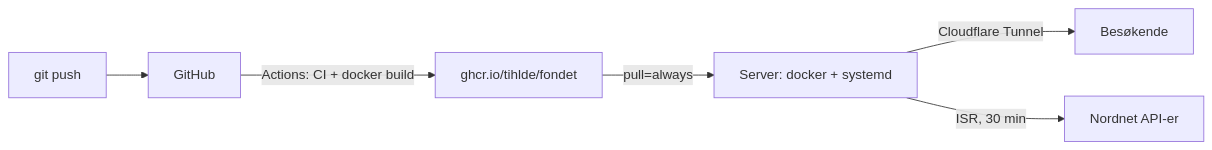
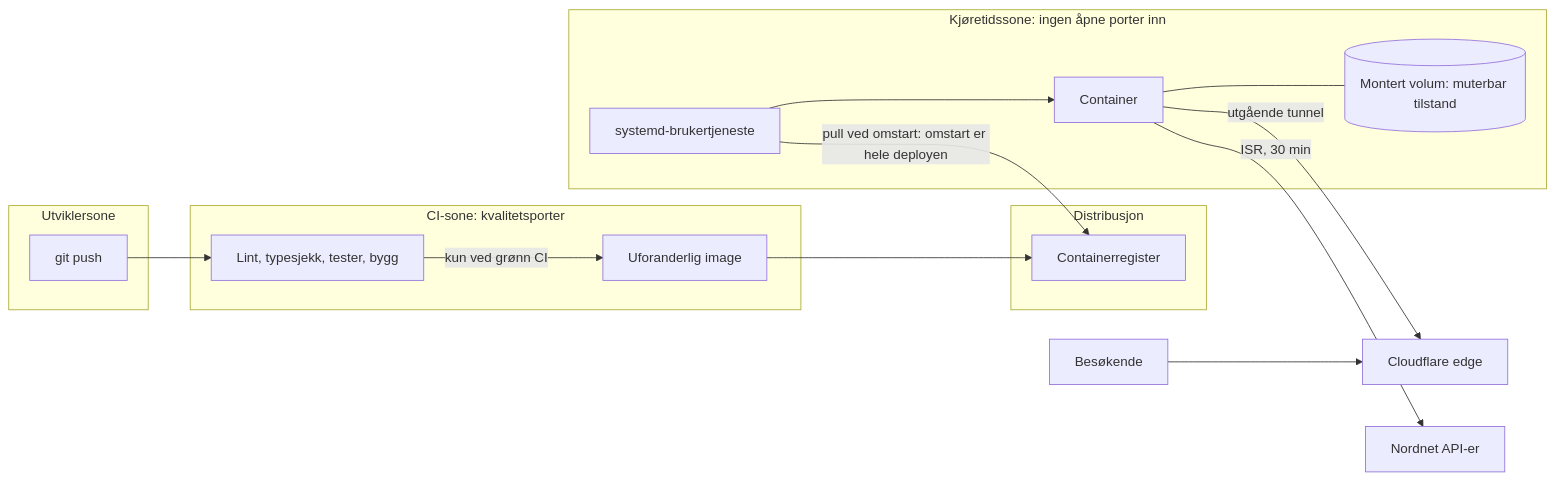
The fifth of 6 diagrams in README.md (TIHLDE/Fondet), drawn with Mermaid before and after one commit. The commit also changed other lines of this file, not shown here.

First line of the commit message:
docs: rework README architecture diagrams

````diff
--- a/README.md
+++ b/README.md
@@ -138,8 +233,25 @@
 ```mermaid
 flowchart LR
-    Dev[git push] --> GH[GitHub]
-    GH -->|Actions: CI + docker build| R[ghcr.io/tihlde/fondet]
-    R -->|pull=always| S[Server: docker + systemd]
-    S -->|Cloudflare Tunnel| B[Besøkende]
-    S -->|ISR, 30 min| NN[Nordnet API-er]
+    subgraph S1 [Utviklersone]
+        DEV[git push]
+    end
+    subgraph S2 [CI-sone: kvalitetsporter]
+        GATE[Lint, typesjekk, tester, bygg]
+        IMG[Uforanderlig image]
+    end
+    subgraph S3 [Distribusjon]
+        REG[Containerregister]
+    end
+    subgraph S4 [Kjøretidssone: ingen åpne porter inn]
+        SVC[systemd-brukertjeneste]
+        CT[Container]
+        VOL[(Montert volum: muterbar tilstand)]
+    end
+    DEV --> GATE
+    GATE -->|kun ved grønn CI| IMG --> REG
+    SVC -->|pull ved omstart: omstart er hele deployen| REG
+    SVC --> CT --- VOL
+    CT -->|utgående tunnel| CF[Cloudflare edge]
+    B[Besøkende] --> CF
+    CT -->|ISR, 30 min| NN[Nordnet API-er]
 ```
````
